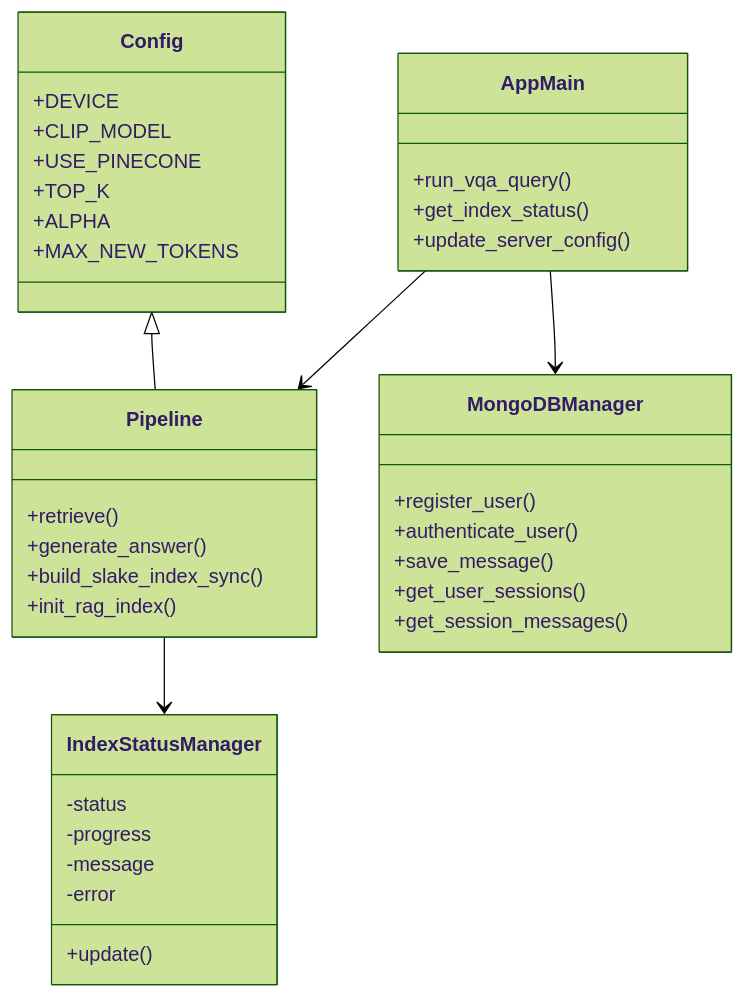
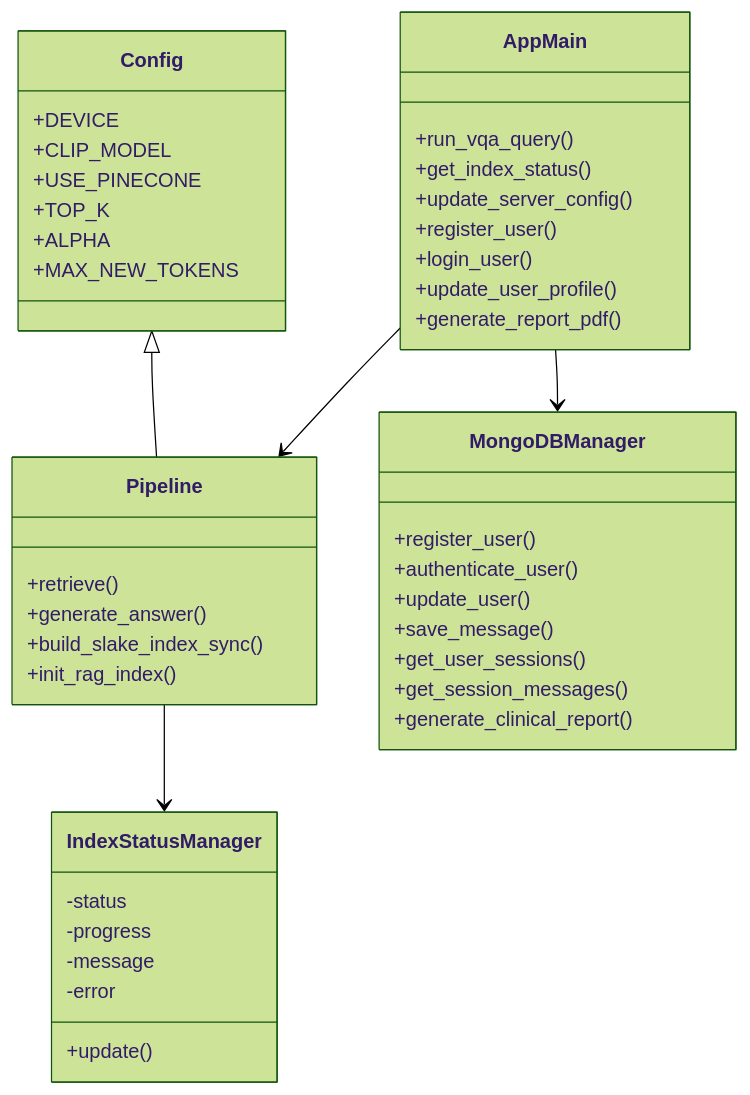
The third of 7 diagrams in diagram.md (Syeed7682/Capstone-Project-C), drawn with Mermaid (forest theme) before and after one commit. The commit also changed other lines of this file and 16 other files, not shown here.

Commit message:
feat: Add full-stack MongoDB Atlas integration, Auth, Profile Settings, and Clinical Reports

````diff
--- a/diagram.md
+++ b/diagram.md
@@ -140,40 +144,46 @@
 ```mermaid
 classDiagram
   class Config {
     +DEVICE
     +CLIP_MODEL
     +USE_PINECONE
     +TOP_K
     +ALPHA
     +MAX_NEW_TOKENS
   }
   class IndexStatusManager {
     -status
     -progress
     -message
     -error
     +update()
   }
   class Pipeline {
     +retrieve()
     +generate_answer()
     +build_slake_index_sync()
     +init_rag_index()
   }
   class MongoDBManager {
     +register_user()
     +authenticate_user()
+    +update_user()
     +save_message()
     +get_user_sessions()
     +get_session_messages()
+    +generate_clinical_report()
   }
   class AppMain {
     +run_vqa_query()
     +get_index_status()
     +update_server_config()
+    +register_user()
+    +login_user()
+    +update_user_profile()
+    +generate_report_pdf()
   }
   Config <|-- Pipeline
   Pipeline --> IndexStatusManager
   AppMain --> Pipeline
   AppMain --> MongoDBManager
 ```
````
